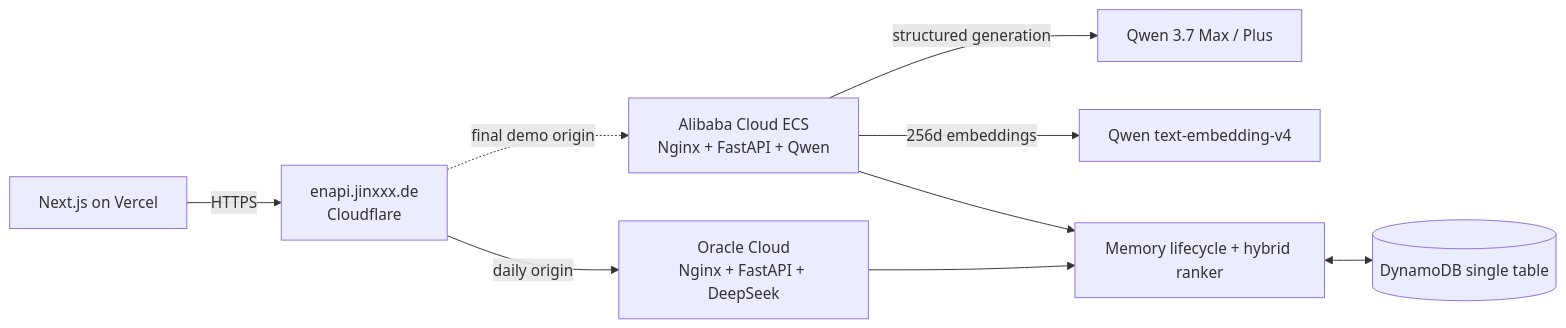
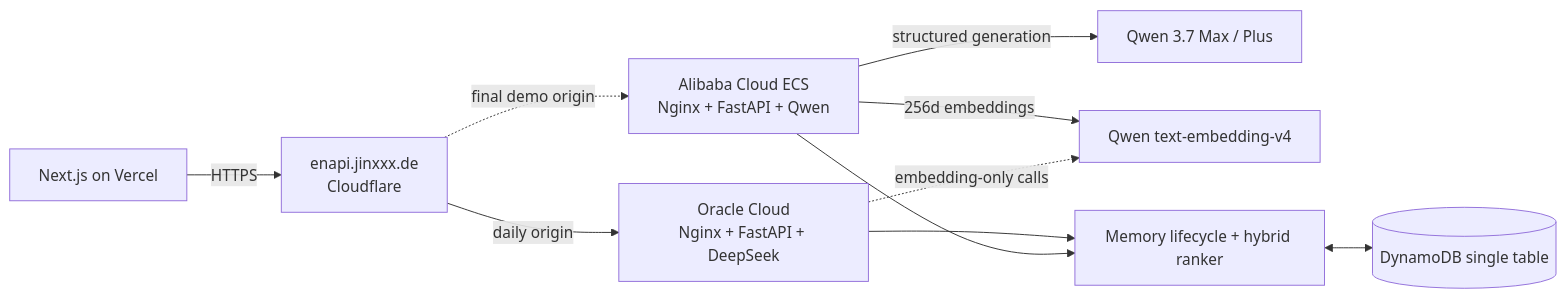
Before and after one commit to jinyu-cai/weakspot-english-coach: the diagram in README.md, drawn with Mermaid. The commit also changed other lines of this file and 19 other files, not shown here.

````diff
--- a/README.md
+++ b/README.md
@@ -41,11 +41,12 @@
 ```mermaid
 flowchart LR
     Browser[Next.js on Vercel] -->|HTTPS| Stable[enapi.jinxxx.de\nCloudflare]
     Stable -->|daily origin| Oracle[Oracle Cloud\nNginx + FastAPI + DeepSeek]
     Stable -. final demo origin .-> Ali[Alibaba Cloud ECS\nNginx + FastAPI + Qwen]
     Ali -->|structured generation| Qwen[Qwen 3.7 Max / Plus]
     Ali -->|256d embeddings| Embed[Qwen text-embedding-v4]
+    Oracle -. embedding-only calls .-> Embed
     Oracle --> Memory[Memory lifecycle + hybrid ranker]
     Ali --> Memory
     Memory <--> DB[(DynamoDB single table)]
 ```
````
